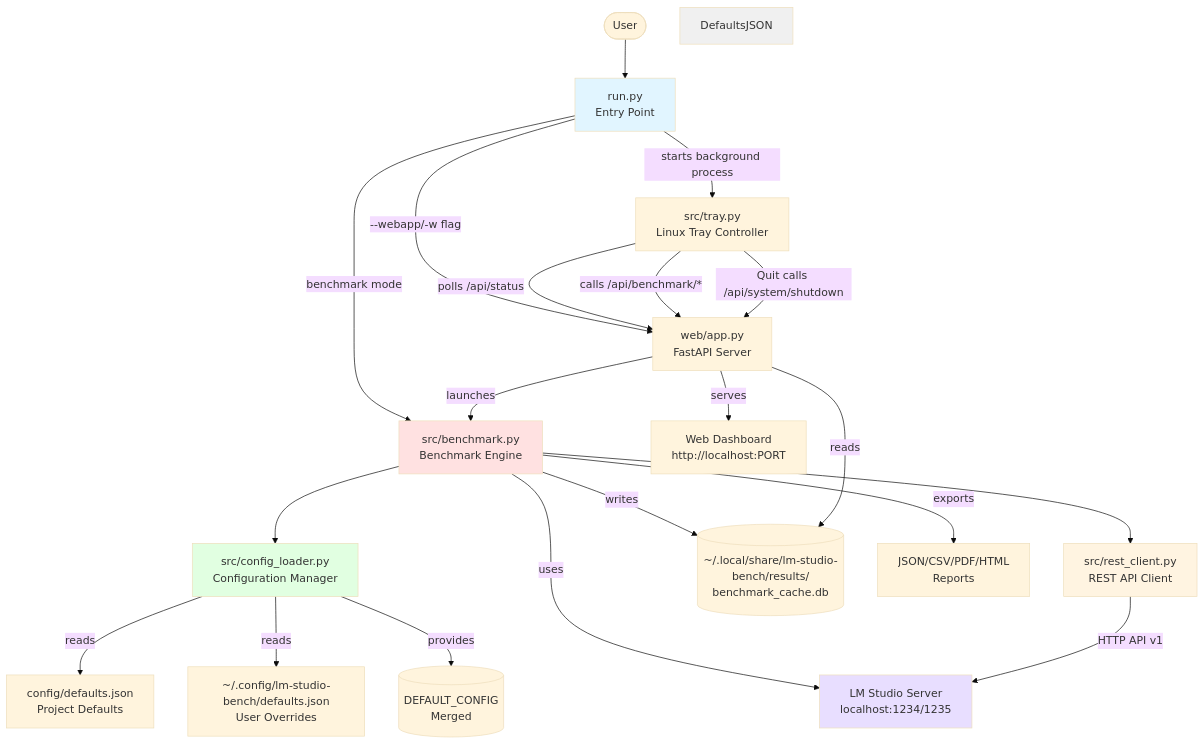
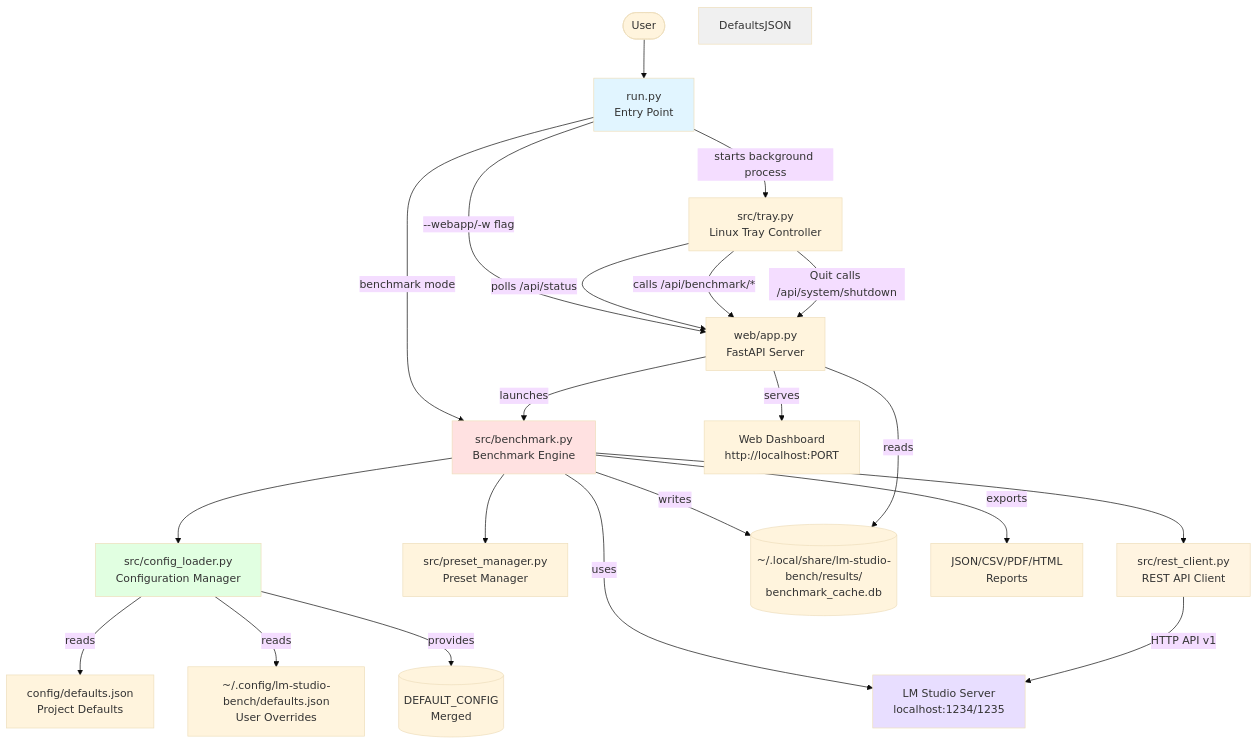
One commit to Ajimaru/LM-Studio-Bench changed the first of 10 diagrams in docs/ARCHITECTURE.md. Above: the diagram before and after it, drawn with Mermaid (base theme). The commit also changed other lines of this file and 19 other files, not shown here.

````diff
--- a/docs/ARCHITECTURE.md
+++ b/docs/ARCHITECTURE.md
@@ -36,35 +36,36 @@
 ```mermaid
 graph TB
     User([User]) --> RunPy[run.py<br/>Entry Point]
 
     RunPy -->|--webapp/-w flag| WebApp[web/app.py<br/>FastAPI Server]
     RunPy -->|benchmark mode| Benchmark[src/benchmark.py<br/>Benchmark Engine]
     
     Benchmark --> ConfigLoader[src/config_loader.py<br/>Configuration Manager]
+    Benchmark --> PresetManager[src/preset_manager.py<br/>Preset Manager]
     Benchmark --> RestClient[src/rest_client.py<br/>REST API Client]
     
     ConfigLoader -->|reads| ProjectConfig[config/defaults.json<br/>Project Defaults]
     ConfigLoader -->|reads| UserConfig[~/.config/lm-studio-bench/defaults.json<br/>User Overrides]
     ConfigLoader -->|provides| DefaultConfig[(DEFAULT_CONFIG<br/>Merged)]
     
     Benchmark -->|uses| LMStudio[LM Studio Server<br/>localhost:1234/1235]
     RestClient -->|HTTP API v1| LMStudio
     
     Benchmark -->|writes| ResultsDB[(~/.local/share/lm-studio-bench/results/<br/>benchmark_cache.db)]
     Benchmark -->|exports| Reports[JSON/CSV/PDF/HTML<br/>Reports]
     
     WebApp -->|launches| Benchmark
     WebApp -->|reads| ResultsDB
     WebApp -->|serves| Dashboard[Web Dashboard<br/>http://localhost:PORT]
     RunPy -->|starts background process| Tray[src/tray.py<br/>Linux Tray Controller]
     Tray -->|polls /api/status| WebApp
     Tray -->|calls /api/benchmark/*| WebApp
     Tray -->|Quit calls /api/system/shutdown| WebApp
     
     style RunPy fill:#e1f5ff
     style Benchmark fill:#ffe1e1
     style ConfigLoader fill:#e1ffe1
     style RestClient fill:#fff4e1
     style DefaultsJSON fill:#f0f0f0
     style LMStudio fill:#e8deff
 ```
````
